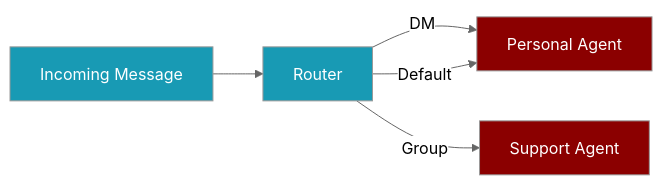
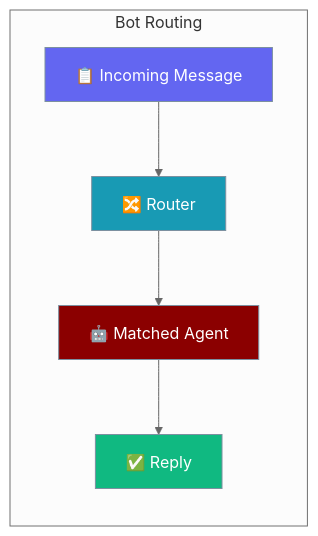
One commit to MervinPraison/PraisonAIDocs changed the first of 3 diagrams in docs/features/bot-routing.mdx. Above: the diagram before and after it, drawn with Mermaid (neutral theme). The commit also changed other lines of this file and 2 other files, not shown here.

Commit message:
docs: add graph LR hero + sequenceDiagram to chunking-strategies, bot-routing, chat-with-pdf (#1675)

````diff
--- a/docs/features/bot-routing.mdx
+++ b/docs/features/bot-routing.mdx
@@ -38,13 +38,17 @@
 ```mermaid
-flowchart LR
-    MSG[Incoming Message] --> Router[Router]
-    Router -->|DM| AgentA[Personal Agent]
-    Router -->|Group| AgentB[Support Agent]
-    Router -->|Default| AgentA
-    
-    classDef agent fill:#8B0000,color:#fff
-    classDef tool fill:#189AB4,color:#fff
-    
-    class AgentA,AgentB agent
-    class MSG,Router tool
+graph LR
+    subgraph "Bot Routing"
+        MSG[📋 Incoming Message] --> Router[🔀 Router]
+        Router --> Agent[🤖 Matched Agent]
+        Agent --> Reply[✅ Reply]
+    end
+
+    classDef input fill:#6366F1,stroke:#7C90A0,color:#fff
+    classDef tool fill:#189AB4,stroke:#7C90A0,color:#fff
+    classDef agent fill:#8B0000,stroke:#7C90A0,color:#fff
+    classDef output fill:#10B981,stroke:#7C90A0,color:#fff
+    class MSG input
+    class Router tool
+    class Agent agent
+    class Reply output
 ```
````
